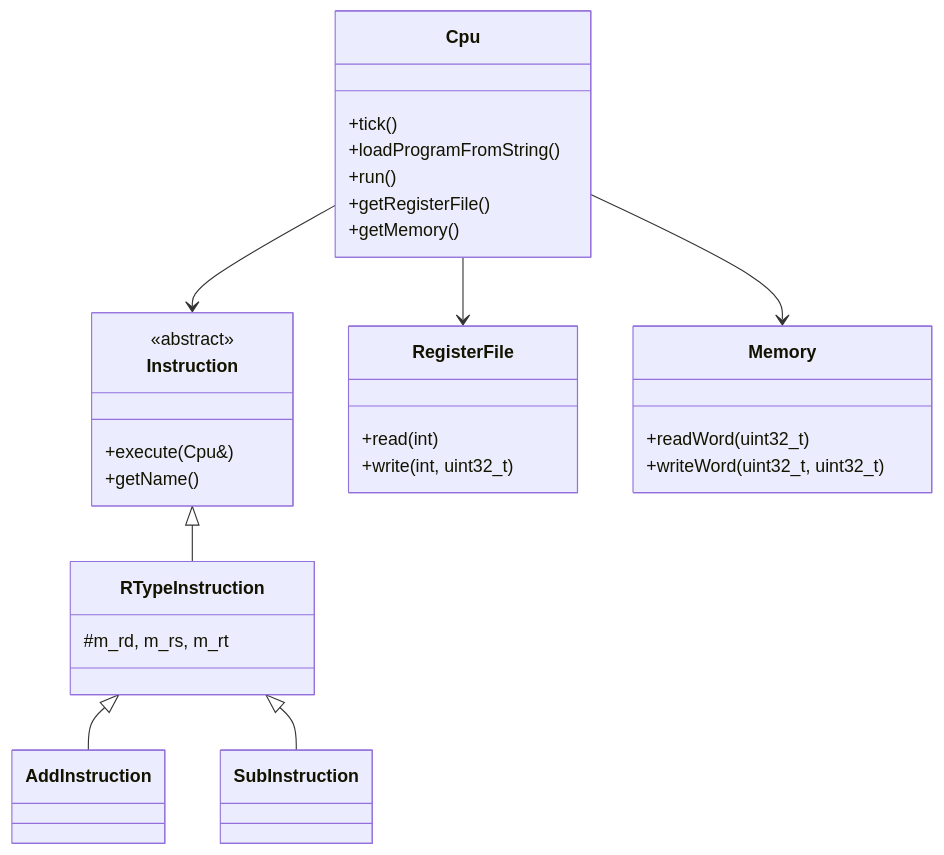
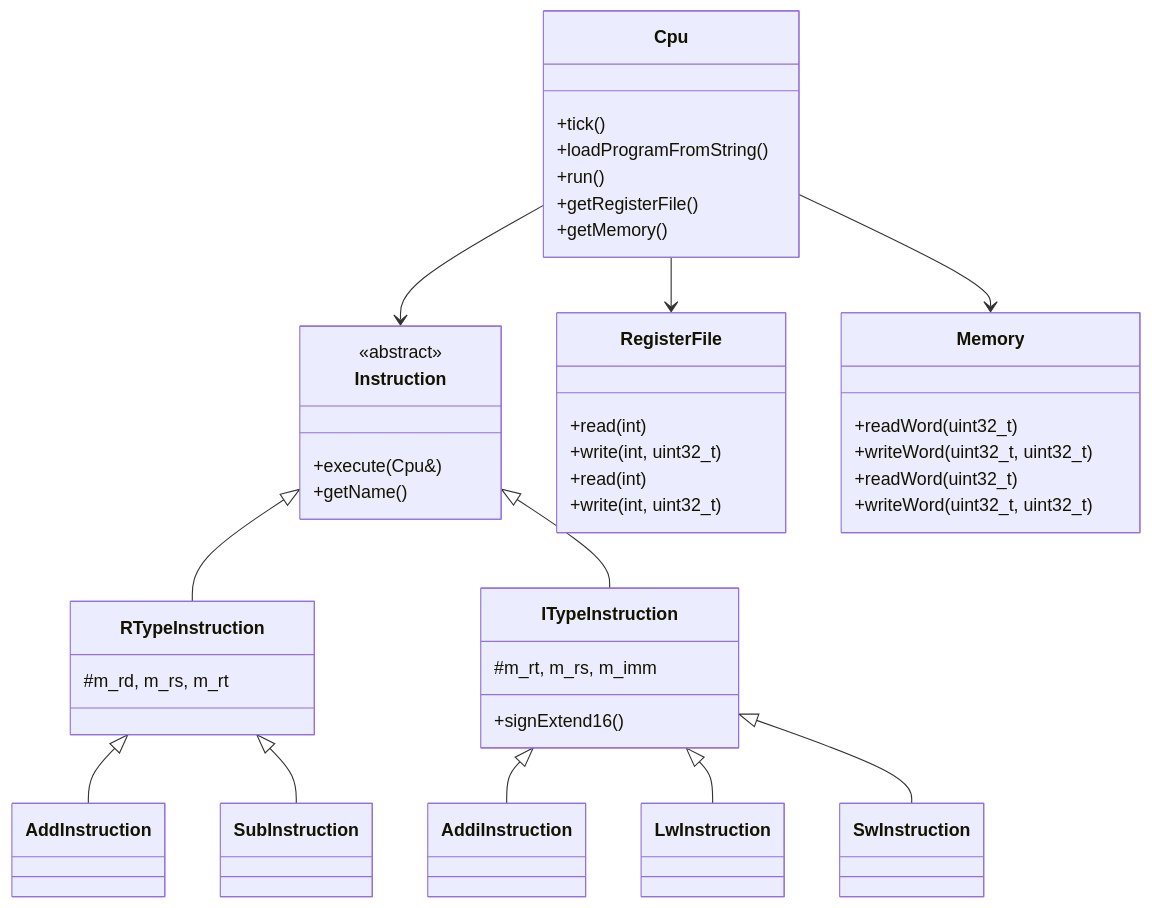
The diagram in DEVELOPMENT_REPORT.md (aloha1357/MIPS-Assembly-Simulator), drawn with Mermaid before and after one commit. The commit also changed other lines of this file and 7 other files, not shown here.

````diff
--- a/DEVELOPMENT_REPORT.md
+++ b/DEVELOPMENT_REPORT.md
@@ -58,40 +61,64 @@
 ```mermaid
 classDiagram
     class Cpu {
         +tick()
         +loadProgramFromString()
         +run()
         +getRegisterFile()
         +getMemory()
     }
     
     class Instruction {
         <<abstract>>
         +execute(Cpu&)
         +getName()
     }
     
     class RTypeInstruction {
         #m_rd, m_rs, m_rt
     }
     
     class AddInstruction
     class SubInstruction
     
     class RegisterFile {
         +read(int)
         +write(int, uint32_t)
     }
     
     class Memory {
         +readWord(uint32_t)
         +writeWord(uint32_t, uint32_t)
     }
+    class ITypeInstruction {
+        #m_rt, m_rs, m_imm
+        +signExtend16()
+    }
+    
+    class AddInstruction
+    class SubInstruction
+    class AddiInstruction
+    class LwInstruction
+    class SwInstruction
+    
+    class RegisterFile {
+        +read(int)
+        +write(int, uint32_t)
+    }
+    
+    class Memory {
+        +readWord(uint32_t)
+        +writeWord(uint32_t, uint32_t)
+    }
     
     Instruction <|-- RTypeInstruction
+    Instruction <|-- ITypeInstruction
     RTypeInstruction <|-- AddInstruction
     RTypeInstruction <|-- SubInstruction
+    ITypeInstruction <|-- AddiInstruction
+    ITypeInstruction <|-- LwInstruction
+    ITypeInstruction <|-- SwInstruction
     Cpu --> RegisterFile
     Cpu --> Memory
     Cpu --> Instruction
 ```
````
